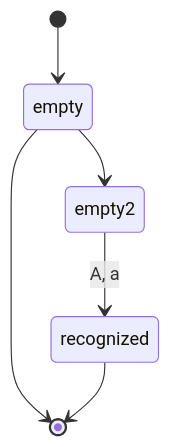
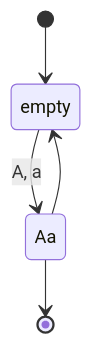
Diagram 33 of 34 in _posts/2019-09-21-regular-expressions.md (raganwald/raganwald.github.com), drawn with Mermaid before and after one commit. The commit also changed other lines of this file and 2 other files, not shown here.

```diff
--- a/_posts/2019-09-21-regular-expressions.md
+++ b/_posts/2019-09-21-regular-expressions.md
@@ -3309,8 +3267,7 @@
 <div class="mermaid">
   stateDiagram
     [*]-->empty
-    empty-->empty2
-    empty-->[*]
-    empty2-->recognized : A, a
-    recognized-->[*]
+    empty-->Aa : A, a
+    Aa-->[*]
+    Aa-->empty
 </div>
```
